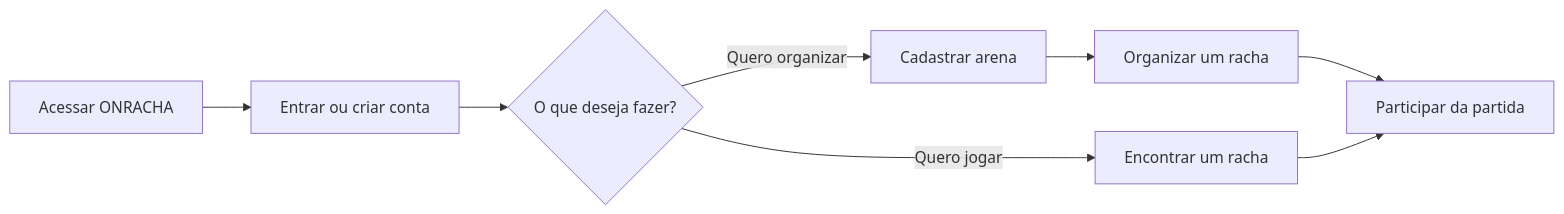
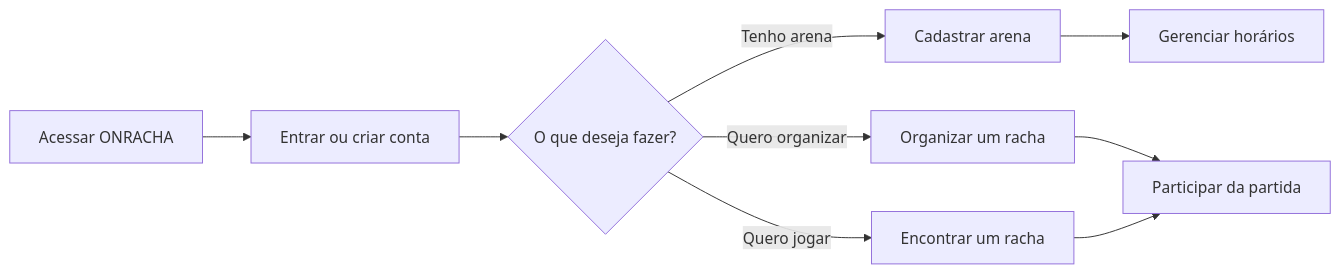
The diagram in README.md (18juba/onracha), drawn with Mermaid before and after one commit.

Commit message:
docs(readme): separa fluxos de arena e organização de jogos

````diff
--- a/README.md
+++ b/README.md
@@ -7,13 +7,15 @@
 ```mermaid
 flowchart LR
     A[Acessar ONRACHA] --> B[Entrar ou criar conta]
     B --> C{O que deseja fazer?}
 
-    C -->|Quero organizar| D[Cadastrar arena]
-    D --> E[Organizar um racha]
+    C -->|Tenho arena| D[Cadastrar arena]
+    D --> E[Gerenciar horários]
 
-    C -->|Quero jogar| F[Encontrar um racha]
+    C -->|Quero organizar| F[Organizar um racha]
 
-    E --> G[Participar da partida]
-    F --> G
+    C -->|Quero jogar| G[Encontrar um racha]
+
+    F --> H[Participar da partida]
+    G --> H
 ```
````
